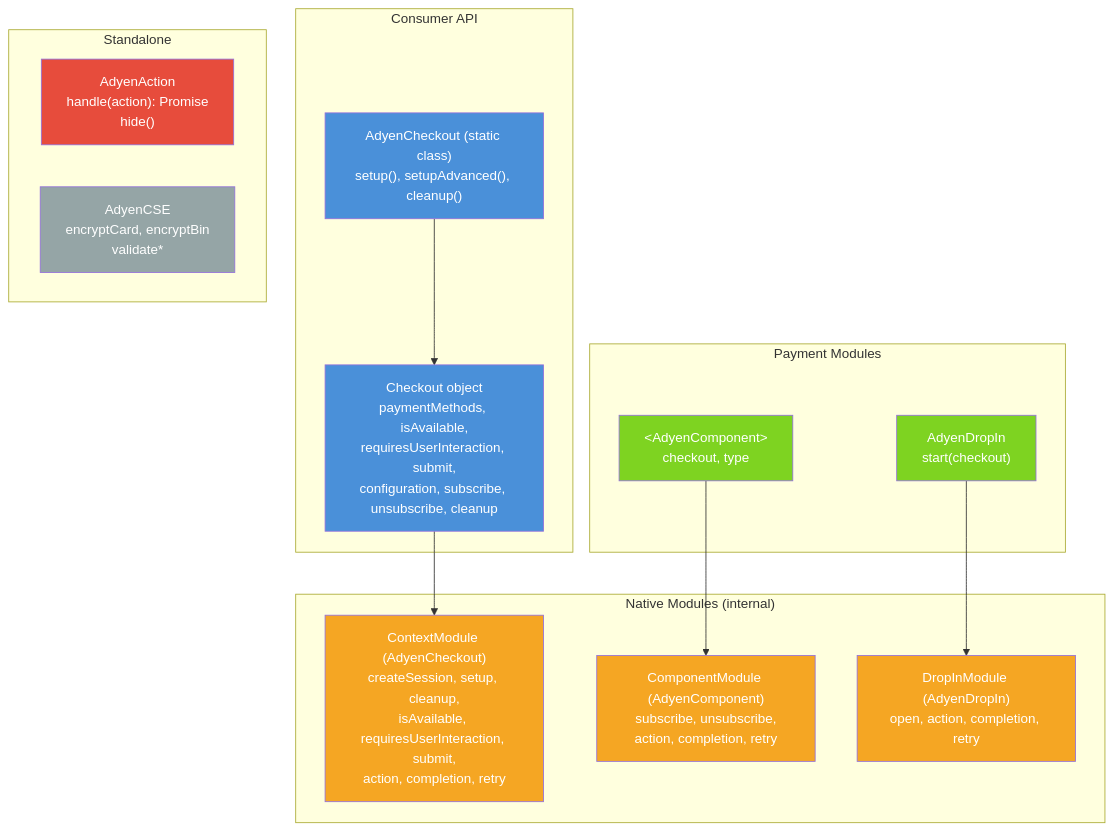
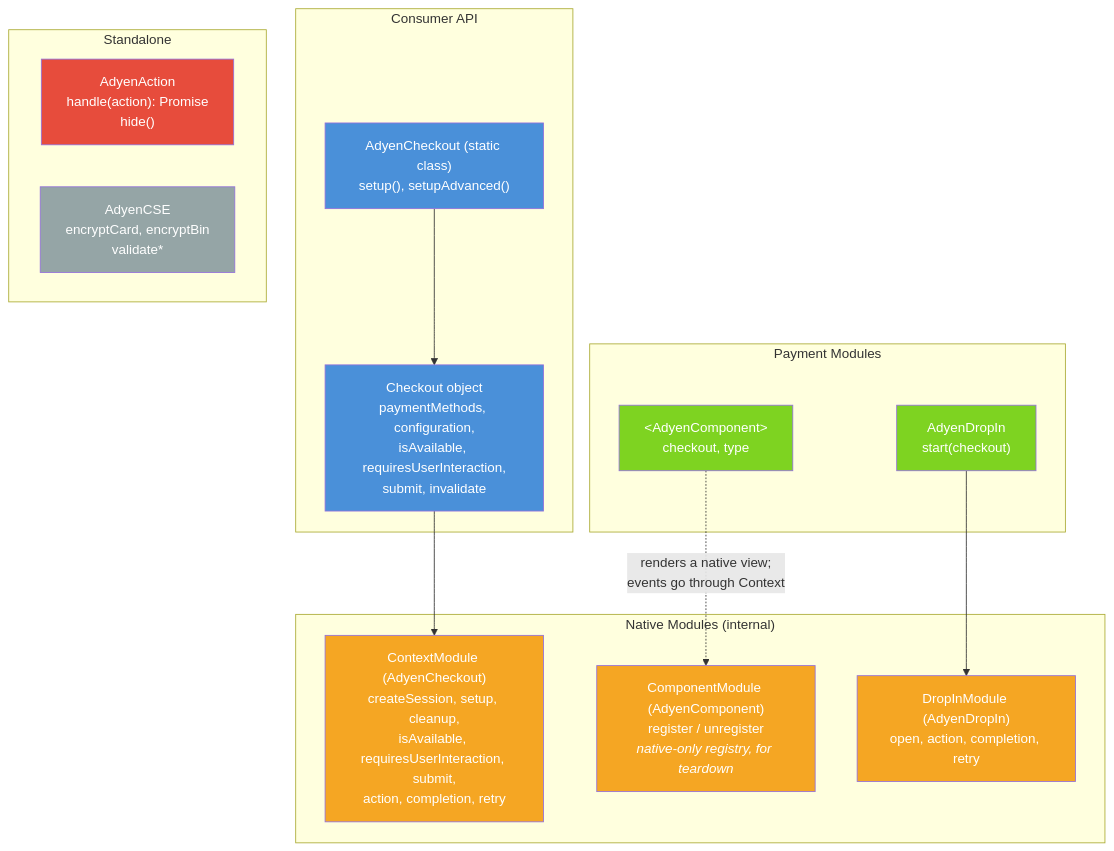
One commit to Adyen/adyen-react-native changed the fourth of 4 diagrams in docs/public-api-flows.md. Above: the diagram before and after it, drawn with Mermaid. The commit also changed other lines of this file and 5 other files, not shown here.

````diff
--- a/docs/public-api-flows.md
+++ b/docs/public-api-flows.md
@@ -130,38 +130,38 @@
 ```mermaid
 graph TB
     subgraph "Consumer API"
-        AC["AdyenCheckout (static class)<br/>setup(), setupAdvanced(), cleanup()"]
-        Checkout["Checkout object<br/>paymentMethods, isAvailable,<br/>requiresUserInteraction, submit,<br/>configuration, subscribe, unsubscribe, cleanup"]
+        AC["AdyenCheckout (static class)<br/>setup(), setupAdvanced()"]
+        Checkout["Checkout object<br/>paymentMethods, configuration,<br/>isAvailable, requiresUserInteraction,<br/>submit, invalidate"]
     end
 
     subgraph "Payment Modules"
         DropIn["AdyenDropIn<br/>start(checkout)"]
         Component["&lt;AdyenComponent&gt;<br/>checkout, type"]
     end
 
     subgraph "Standalone"
         ActionMod["AdyenAction<br/>handle(action): Promise<br/>hide()"]
         CSE["AdyenCSE<br/>encryptCard, encryptBin<br/>validate*"]
     end
 
     subgraph "Native Modules (internal)"
         Context["ContextModule (AdyenCheckout)<br/>createSession, setup, cleanup,<br/>isAvailable, requiresUserInteraction, submit,<br/>action, completion, retry"]
-        CompMod["ComponentModule (AdyenComponent)<br/>subscribe, unsubscribe,<br/>action, completion, retry"]
+        CompMod["ComponentModule (AdyenComponent)<br/>register / unregister<br/><i>native-only registry, for teardown</i>"]
         DropInMod["DropInModule (AdyenDropIn)<br/>open, action, completion, retry"]
     end
 
     AC --> Checkout
     Checkout --> Context
     DropIn --> DropInMod
-    Component --> CompMod
+    Component -.->|"renders a native view;<br/>events go through Context"| CompMod
 
     style AC fill:#4a90d9,color:#fff
     style Checkout fill:#4a90d9,color:#fff
     style DropIn fill:#7ed321,color:#fff
     style Component fill:#7ed321,color:#fff
     style ActionMod fill:#e74c3c,color:#fff
     style CSE fill:#95a5a6,color:#fff
     style Context fill:#f5a623,color:#fff
     style CompMod fill:#f5a623,color:#fff
     style DropInMod fill:#f5a623,color:#fff
 ```
````
